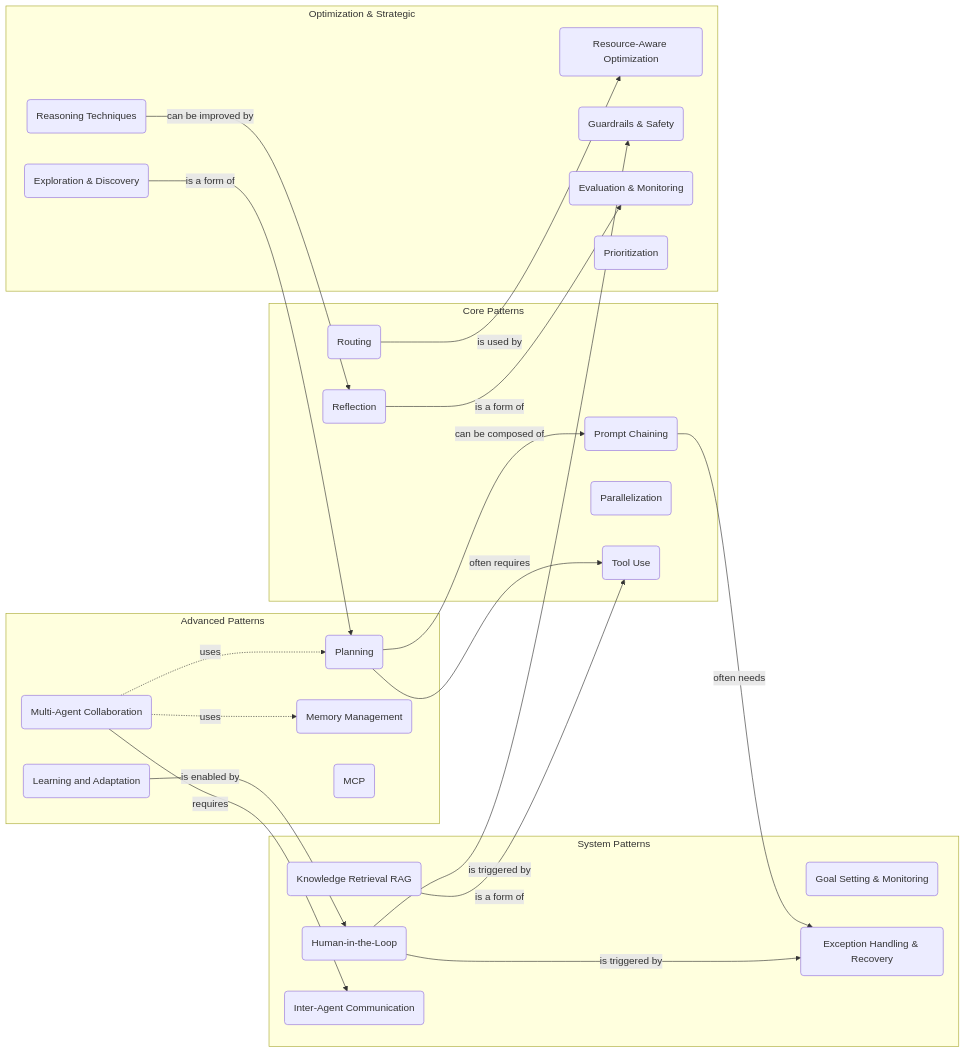
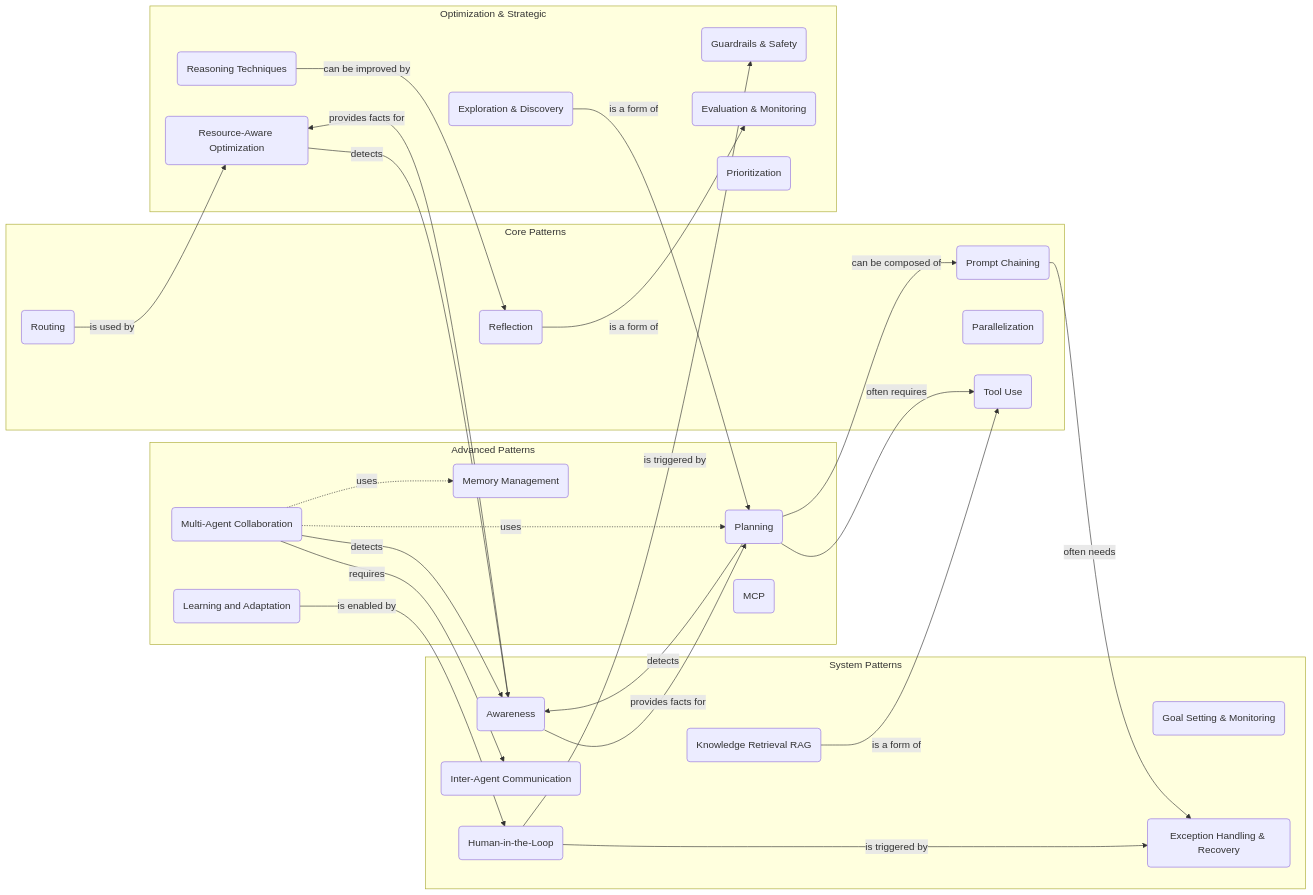
Before and after one commit to zeljkoavramovic/agentic-design-patterns: the diagram in README.md, drawn with Mermaid. The commit also changed other lines of this file, not shown here.

Commit message:
added Awareness pattern

````diff
--- a/README.md
+++ b/README.md
@@ -23,47 +23,53 @@
 ```mermaid
 graph LR
     subgraph "Core Patterns"
         P1("Prompt Chaining")
         P2("Routing")
         P3("Parallelization")
         P4("Reflection")
         P5("Tool Use")
     end
     subgraph "Advanced Patterns"
         P6("Planning")
         P7("Multi-Agent Collaboration")
         P8("Memory Management")
         P9("Learning and Adaptation")
         P10("MCP")
     end
     subgraph "System Patterns"
         P11("Goal Setting & Monitoring")
         P12("Exception Handling & Recovery")
         P13("Human-in-the-Loop")
         P14("Knowledge Retrieval RAG")
         P15("Inter-Agent Communication")
+        P16("Awareness")
     end
     subgraph "Optimization & Strategic"
-        P16("Resource-Aware Optimization")
-        P17("Reasoning Techniques")
-        P18("Guardrails & Safety")
-        P19("Evaluation & Monitoring")
-        P20("Prioritization")
-        P21("Exploration & Discovery")
+        P17("Resource-Aware Optimization")
+        P18("Reasoning Techniques")
+        P19("Guardrails & Safety")
+        P20("Evaluation & Monitoring")
+        P21("Prioritization")
+        P22("Exploration & Discovery")
     end
-    
+
     P7 -- "requires" --> P15
     P7 -. "uses" .-> P6
     P7 -. "uses" .-> P8
     P6 -- "can be composed of" --> P1
     P6 -- "often requires" --> P5
     P14 -- "is a form of" --> P5
-    P2 -- "is used by" --> P16
-    P4 -- "is a form of" --> P19
+    P2 -- "is used by" --> P17
+    P4 -- "is a form of" --> P20
     P9 -- "is enabled by" --> P13
-    P13 -- "is triggered by" --> P18
+    P13 -- "is triggered by" --> P19
     P13 -- "is triggered by" --> P12
-    P17 -- "can be improved by" --> P4
-    P21 -- "is a form of" --> P6
+    P18 -- "can be improved by" --> P4
+    P22 -- "is a form of" --> P6
     P1 -- "often needs" --> P12
+    P6 -- "detects" --> P16
+    P17 -- "detects" --> P16
+    P7 -- "detects" --> P16
+    P16 -- "provides facts for" --> P6
+    P16 -- "provides facts for" --> P17
 ```
````
